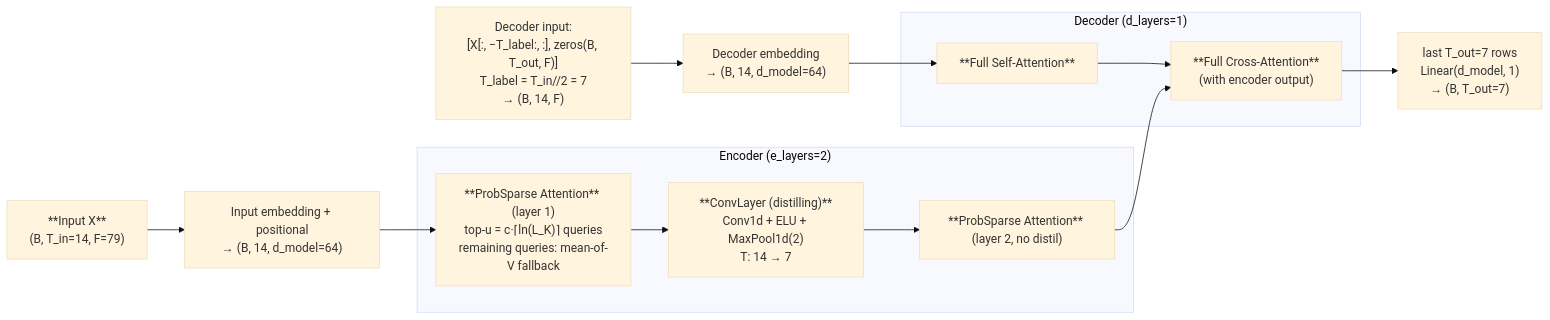
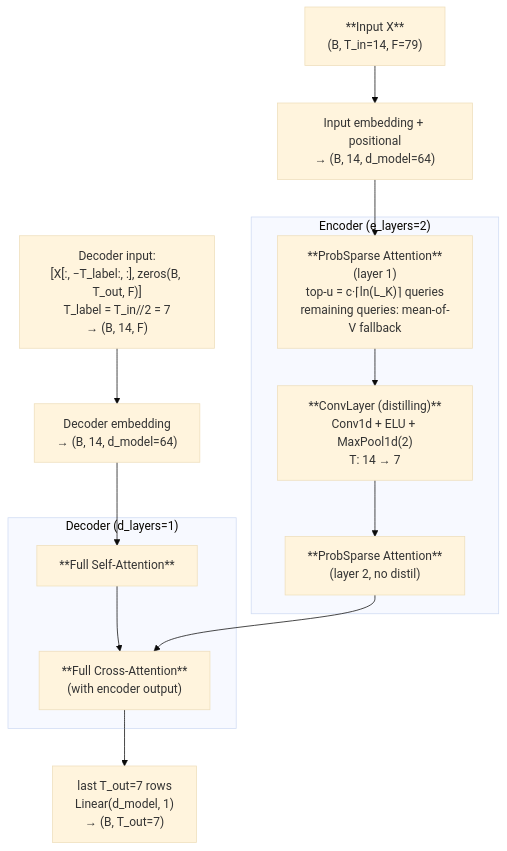
One commit to NightfuryEquinn/Ridership changed diagram 16 of 17 in src/models/MODEL.md. Above: the diagram before and after it, drawn with Mermaid (base theme). The commit also changed other lines of this file and 24 other files, not shown here.

Commit message:
docs: :memo: Update report, slides and architecture diagrams

````diff
--- a/src/models/MODEL.md
+++ b/src/models/MODEL.md
@@ -864,25 +864,25 @@
 ```mermaid
-flowchart LR
+flowchart TD
     X["**Input X**\n(B, T_in=14, F=79)"]
     EMBD["Input embedding + positional\n→ (B, 14, d_model=64)"]
     DEC_IN["Decoder input:\n[X[:, −T_label:, :], zeros(B, T_out, F)]\nT_label = T_in//2 = 7\n→ (B, 14, F)"]
     DEC_EMBD["Decoder embedding\n→ (B, 14, d_model=64)"]
 
     subgraph ENC["Encoder (e_layers=2)"]
-        PS1["**ProbSparse Attention** (layer 1)\ntop-u = c·⌈ln(L_K)⌉ queries\nremaining queries: mean-of-V fallback"]
+        PS1["**ProbSparse Attention**\n(layer 1)\ntop-u = c·⌈ln(L_K)⌉ queries\nremaining queries: mean-of-V fallback"]
         CONV["**ConvLayer (distilling)**\nConv1d + ELU + MaxPool1d(2)\nT: 14 → 7"]
-        PS2["**ProbSparse Attention** (layer 2, no distil)"]
+        PS2["**ProbSparse Attention**\n(layer 2, no distil)"]
     end
 
     subgraph DEC["Decoder (d_layers=1)"]
         FSA["**Full Self-Attention**"]
         FCA["**Full Cross-Attention**\n(with encoder output)"]
     end
 
     PROJ["last T_out=7 rows\nLinear(d_model, 1)\n→ (B, T_out=7)"]
 
     X --> EMBD --> PS1 --> CONV --> PS2
     DEC_IN --> DEC_EMBD --> FSA --> FCA
     PS2 --> FCA
     FCA --> PROJ
 ```
````
